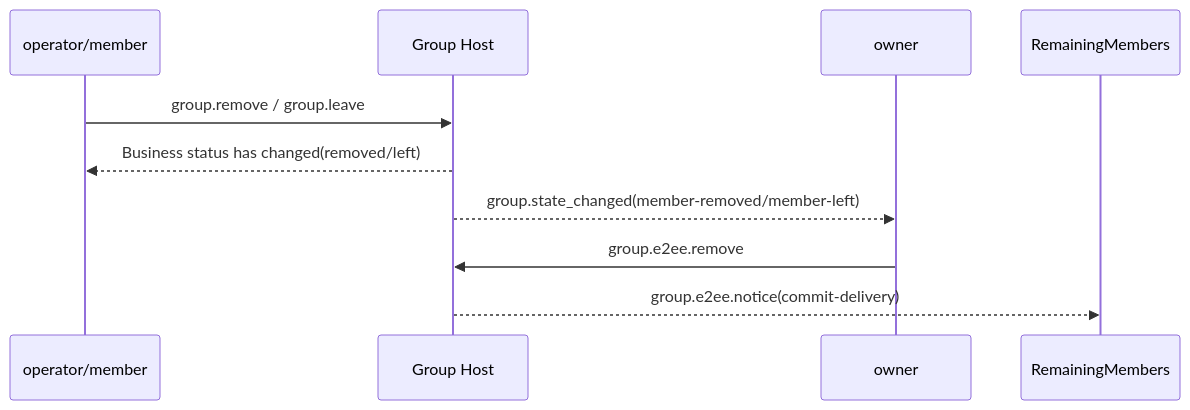
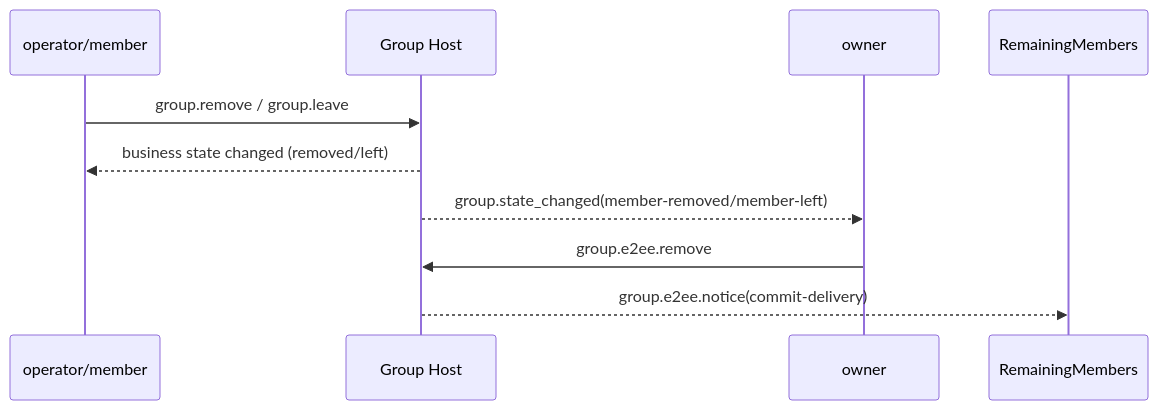
The fourth of 5 diagrams in message/06-group-end-to-end-encryption.md (NeatNerdPrime/AgentNetworkProtocol), drawn with Mermaid before and after one commit. The commit also changed other lines of this file and 7 other files, not shown here.

````diff
--- a/message/06-group-end-to-end-encryption.md
+++ b/message/06-group-end-to-end-encryption.md
@@ -1365,12 +1373,12 @@
 ```mermaid
 sequenceDiagram
     participant X as operator/member
     participant H as Group Host
     participant O as owner
 
     X->>H: group.remove / group.leave
-    H-->>X: Business status has changed(removed/left)
+    H-->>X: business state changed (removed/left)
     H-->>O: group.state_changed(member-removed/member-left)
     O->>H: group.e2ee.remove
     H-->>RemainingMembers: group.e2ee.notice(commit-delivery)
 ```
````
